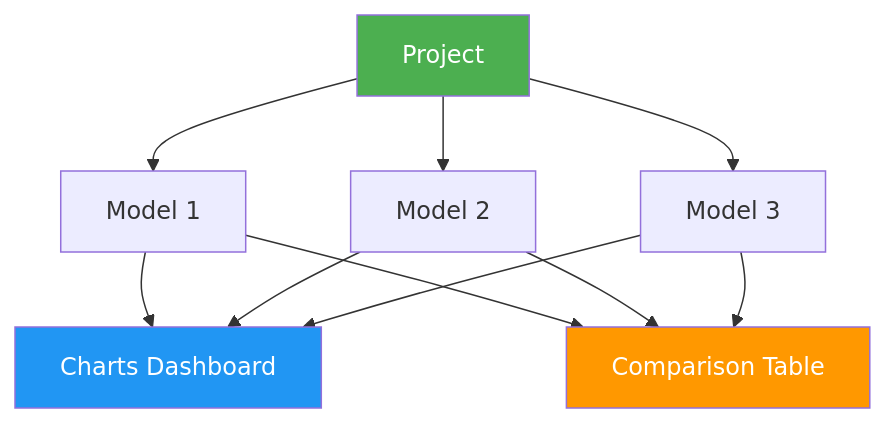
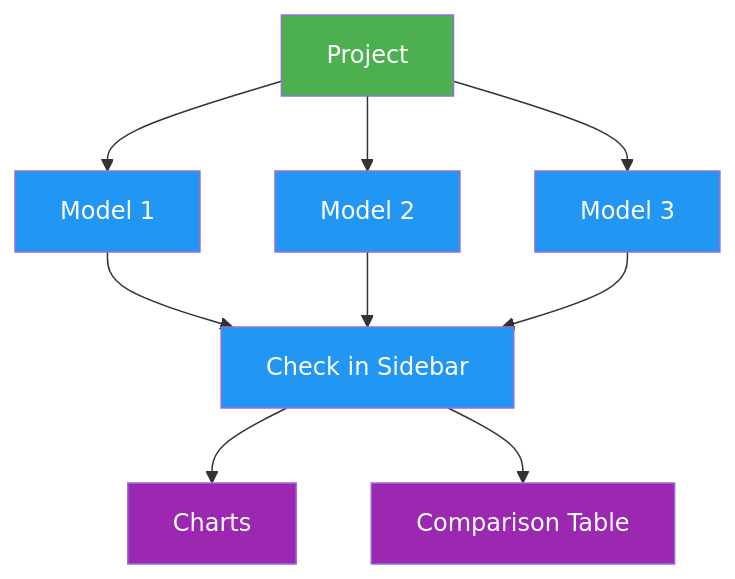
Before and after one commit to KATe-AGI/Embodied_VG: the diagram in ultralytics/docs/en/platform/train/projects.md, drawn with Mermaid. The commit also changed other lines of this file and 980 other files, not shown here.

````diff
--- a/ultralytics/docs/en/platform/train/projects.md
+++ b/ultralytics/docs/en/platform/train/projects.md
@@ -11,16 +13,15 @@
 ```mermaid
 graph TB
-    P[Project] --> M1[Model 1]
-    P --> M2[Model 2]
-    P --> M3[Model 3]
-    M1 --> C[Charts Dashboard]
-    M2 --> C
-    M3 --> C
-    M1 --> T[Comparison Table]
-    M2 --> T
-    M3 --> T
+    P[Project]:::start --> M1[Model 1]:::proc
+    P --> M2[Model 2]:::proc
+    P --> M3[Model 3]:::proc
+    M1 --> S[Check in Sidebar]:::proc
+    M2 --> S
+    M3 --> S
+    S --> C[Charts]:::out
+    S --> T[Comparison Table]:::out
 
-    style P fill:#4CAF50,color:#fff
-    style C fill:#2196F3,color:#fff
-    style T fill:#FF9800,color:#fff
+    classDef start fill:#4CAF50,color:#fff
+    classDef proc fill:#2196F3,color:#fff
+    classDef out fill:#9C27B0,color:#fff
 ```
````
